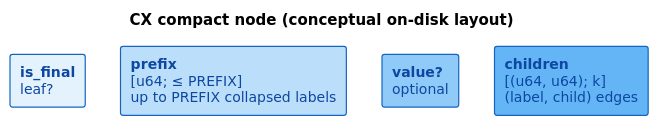
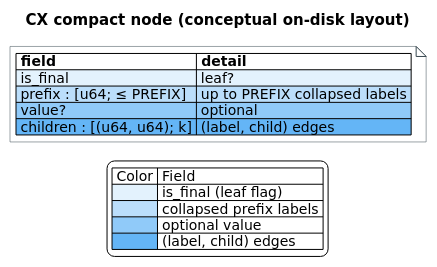
Before and after one commit to vinary-tree/libdictenstein: the diagram in docs/diagrams/src/cx-compact-node.puml, drawn with PlantUML. The commit also changed 80 other files, not shown here.

First line of the commit message:
docs: diagram contiguity/swatch overhaul + persistence-doc correctness review

```diff
--- a/docs/diagrams/src/cx-compact-node.puml
+++ b/docs/diagrams/src/cx-compact-node.puml
@@ -1,31 +1,39 @@
 @startuml cx-compact-node
 ' ============================================================================
 ' cx-compact-node.puml — conceptual field layout of a CX compact snapshot node.
 ' Replaces the ASCII record layout in docs/algorithms/native-u64-and-cx.md.
-' A dense, path-compressed on-disk node (the AR64CX01 image). Fields, left→right:
-'   is_final · prefix[≤PREFIX] · value? · children[(label,child); k]
-' Color key:  a light→dark blue progression across the four fields (disk image).
+' A dense, path-compressed on-disk node (the AR64CX01 image). Drawn as a CONTIGUOUS
+' colored field table (field + detail columns) hosted in a floating note; rows share
+' borders (no gaps). Full-cell color via Creole |<#hex>| cells.
+' Color key:  a light→dark blue progression across the four fields (disk image):
+'             #E3F2FD is_final · #BBDEFB prefix · #90CAF9 value? · #64B5F6 children
 ' ============================================================================
 skinparam defaultFontSize 14
 skinparam shadowing false
 skinparam backgroundColor #FFFFFF
 skinparam defaultFontName "DejaVu Sans"
-skinparam ArrowColor #37474F
-skinparam rectangle {
-  BorderColor #1565C0
-  FontColor #0D47A1
-  BorderThickness 1.2
+skinparam TitleFontSize 15
+skinparam noteFontSize 14
+skinparam note {
+  BackgroundColor #FFFFFF
+  BorderColor #37474F
 }
-skinparam TitleFontSize 15
 
 title CX compact node (conceptual on-disk layout)
 
-rectangle "**is_final**\nleaf?" as F #E3F2FD
-rectangle "**prefix**\n[u64; ≤ PREFIX]\nup to PREFIX collapsed labels" as P #BBDEFB
-rectangle "**value?**\noptional" as V #90CAF9
-rectangle "**children**\n[(u64, u64); k]\n(label, child) edges" as C #64B5F6
+note as CX
+|= field |= detail |
+|<#E3F2FD> is_final |<#E3F2FD> leaf? |
+|<#BBDEFB> prefix : [u64; ≤ PREFIX] |<#BBDEFB> up to PREFIX collapsed labels |
+|<#90CAF9> value? |<#90CAF9> optional |
+|<#64B5F6> children : [(u64, u64); k] |<#64B5F6> (label, child) edges |
+end note
 
-F -[hidden]right- P
-P -[hidden]right- V
-V -[hidden]right- C
+legend bottom
+| Color | Field |
+|<#E3F2FD>| is_final (leaf flag) |
+|<#BBDEFB>| collapsed prefix labels |
+|<#90CAF9>| optional value |
+|<#64B5F6>| (label, child) edges |
+endlegend
 @enduml
```
